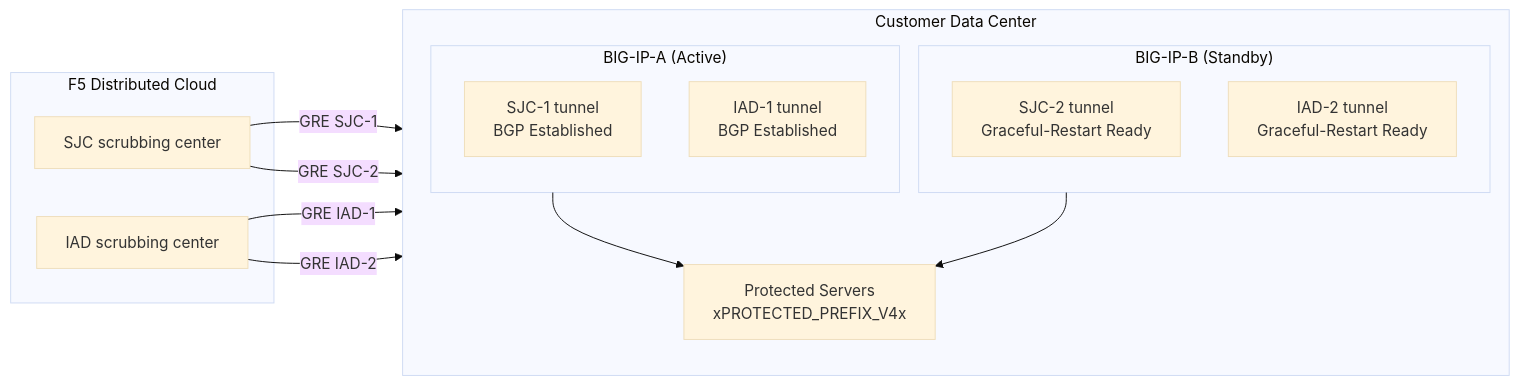
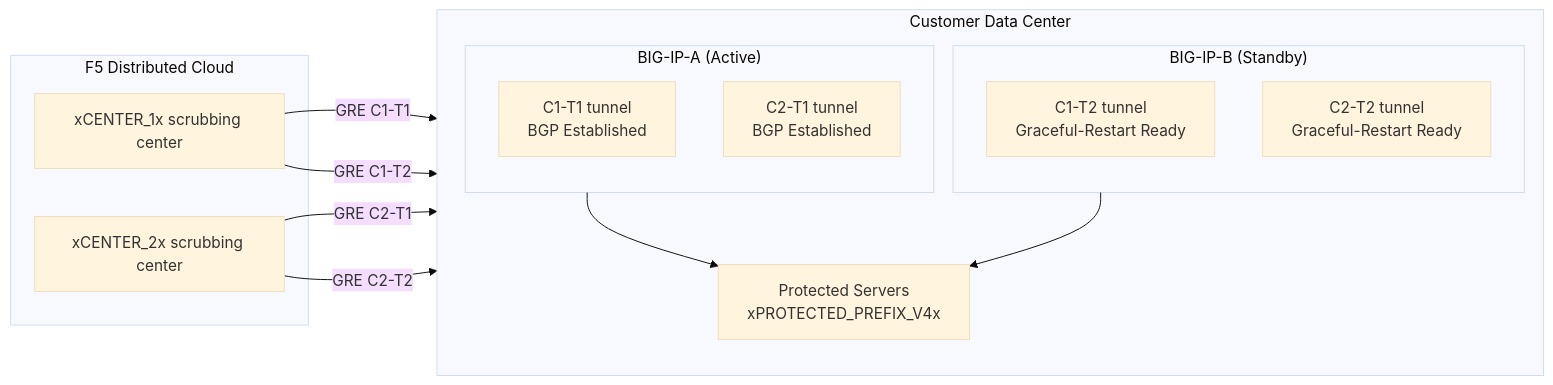
One commit to robinmordasiewicz/f5xc-bigip-ddos-gre changed the fourth of 4 diagrams in docs/index.md. Above: the diagram before and after it, drawn with Mermaid (base theme). The commit also changed other lines of this file and 1 other file, not shown here.

First line of the commit message:
refactor: update scrubbing center naming from location codes to generic format

````diff
--- a/docs/index.md
+++ b/docs/index.md
@@ -905,27 +905,27 @@
 ```mermaid
 flowchart LR
     subgraph F5XC["F5 Distributed Cloud"]
-        SJC["SJC scrubbing center"]
-        IAD["IAD scrubbing center"]
+        C1["xCENTER_1x scrubbing center"]
+        C2["xCENTER_2x scrubbing center"]
     end
 
     subgraph DC["Customer Data Center"]
         direction TB
         subgraph UNITA["BIG-IP-A (Active)"]
-            A_SJC["SJC-1 tunnel<br/>BGP Established"]
-            A_IAD["IAD-1 tunnel<br/>BGP Established"]
+            A_C1["C1-T1 tunnel<br/>BGP Established"]
+            A_C2["C2-T1 tunnel<br/>BGP Established"]
         end
         subgraph UNITB["BIG-IP-B (Standby)"]
-            B_SJC["SJC-2 tunnel<br/>Graceful-Restart Ready"]
-            B_IAD["IAD-2 tunnel<br/>Graceful-Restart Ready"]
+            B_C1["C1-T2 tunnel<br/>Graceful-Restart Ready"]
+            B_C2["C2-T2 tunnel<br/>Graceful-Restart Ready"]
         end
         SERVERS["Protected Servers<br/>xPROTECTED_PREFIX_V4x"]
     end
 
-    SJC -- "GRE SJC-1" --> A_SJC
-    IAD -- "GRE IAD-1" --> A_IAD
-    SJC -- "GRE SJC-2" --> B_SJC
-    IAD -- "GRE IAD-2" --> B_IAD
+    C1 -- "GRE C1-T1" --> A_C1
+    C2 -- "GRE C2-T1" --> A_C2
+    C1 -- "GRE C1-T2" --> B_C1
+    C2 -- "GRE C2-T2" --> B_C2
     UNITA --> SERVERS
     UNITB --> SERVERS
 ```
````
